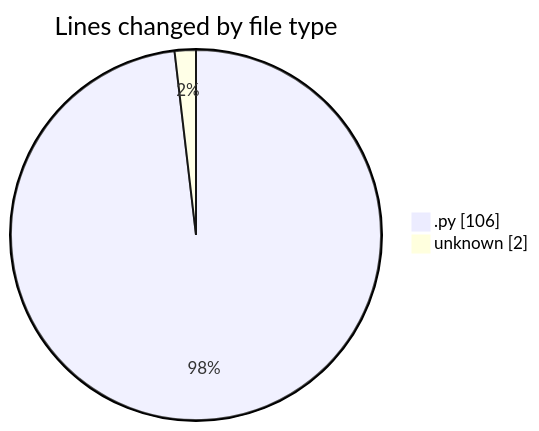
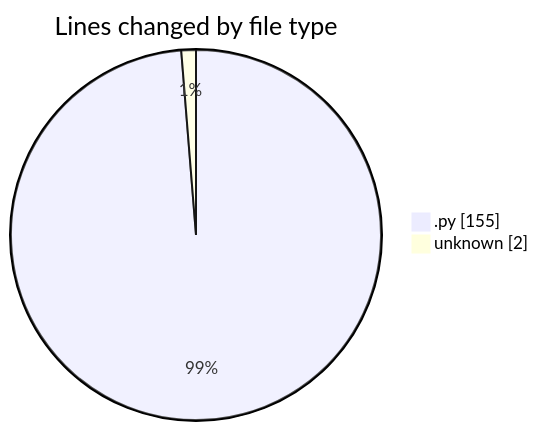
One commit to CELIANVF/code-tracking changed the first of 2 diagrams in 2025-01-21/monteur_automatique/README.md. Above: the diagram before and after it, drawn with Mermaid. The commit also changed other lines of this file and 1 other file, not shown here.

````diff
--- a/2025-01-21/monteur_automatique/README.md
+++ b/2025-01-21/monteur_automatique/README.md
@@ -23,6 +23,6 @@
 ```mermaid
 pie showData
 title Lines changed by file type
-".py" : 106
+".py" : 155
 "unknown" : 2
 ```
````
